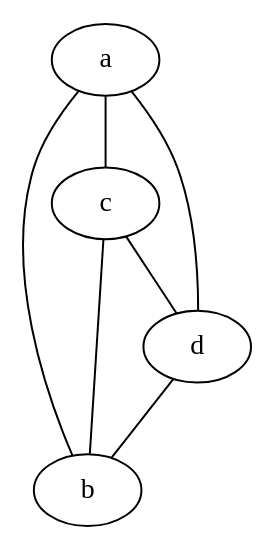
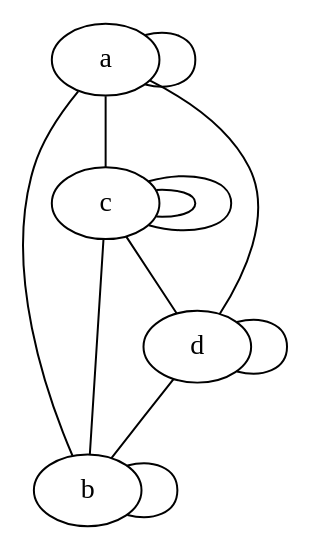
Before and after one commit to hideaki-san/grafos: the diagram in fundamentos_grafos/completok4.dot, drawn with Graphviz. The commit also changed 3 other files, not shown here.

```diff
--- a/fundamentos_grafos/completok4.dot
+++ b/fundamentos_grafos/completok4.dot
@@ -1,9 +1,14 @@
 graph
   {
   a -- b;
-  c -- d;
   a -- c;
   a -- d;
+  c -- b;
+  c -- d;
   d -- b;
-  c -- b;
+  a -- a;
+  c -- c;
+  c -- c;
+  b -- b;
+  d -- d;
   }
```
